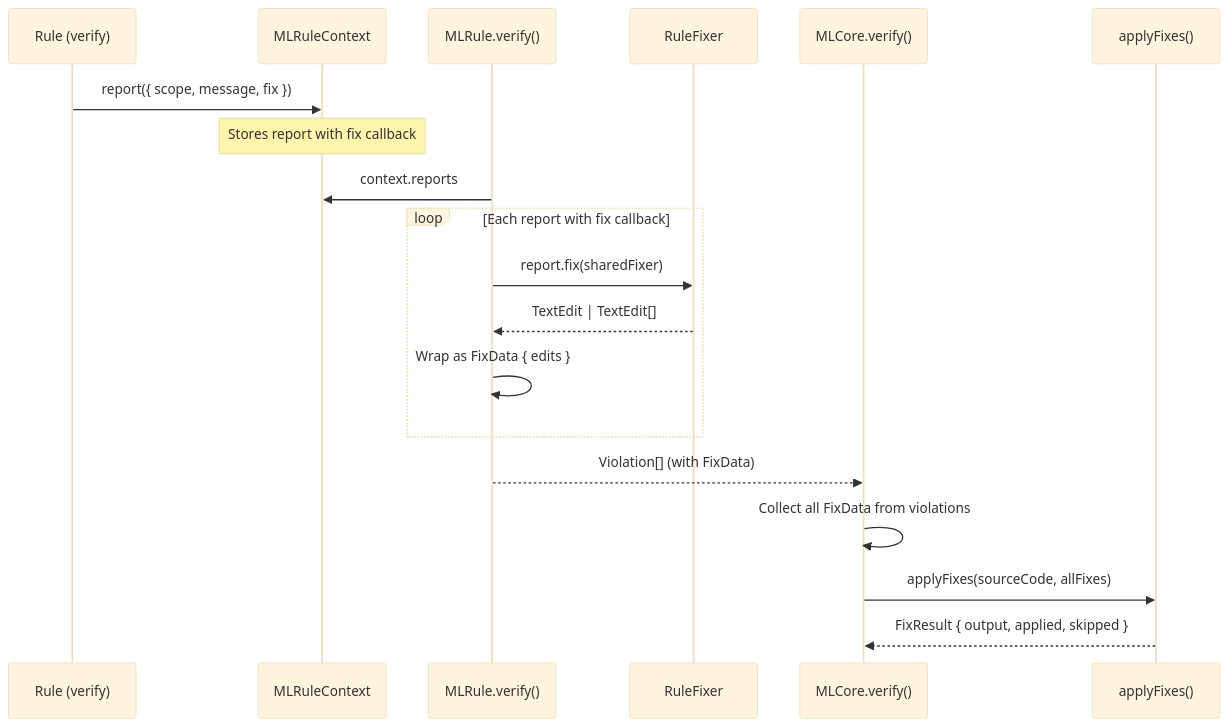
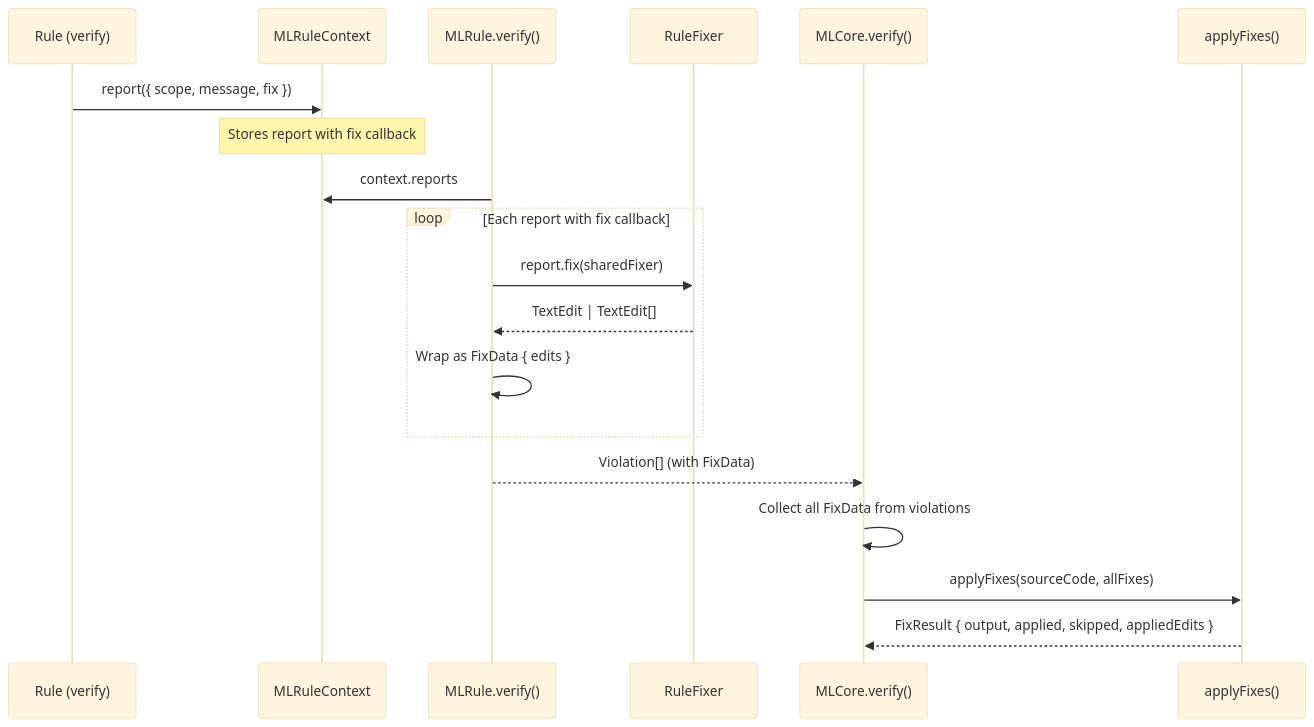
The fifth of 8 diagrams in packages/@markuplint/ml-core/ARCHITECTURE.md (markuplint/markuplint), drawn with Mermaid (base theme) before and after one commit. The commit also changed other lines of this file, not shown here.

First line of the commit message:
docs(ml-core): document cursor offset, FixSummary, and VerifyResult APIs

````diff
--- a/packages/@markuplint/ml-core/ARCHITECTURE.md
+++ b/packages/@markuplint/ml-core/ARCHITECTURE.md
@@ -404,24 +405,24 @@
 ```mermaid
 sequenceDiagram
     participant Rule as Rule (verify)
     participant Ctx as MLRuleContext
     participant MLR as MLRule.verify()
     participant Fixer as RuleFixer
     participant Core as MLCore.verify()
     participant FA as applyFixes()
 
     Rule->>Ctx: report({ scope, message, fix })
     Note over Ctx: Stores report with fix callback
 
     MLR->>Ctx: context.reports
     loop Each report with fix callback
         MLR->>Fixer: report.fix(sharedFixer)
         Fixer-->>MLR: TextEdit | TextEdit[]
         MLR->>MLR: Wrap as FixData { edits }
     end
     MLR-->>Core: Violation[] (with FixData)
 
     Core->>Core: Collect all FixData from violations
     Core->>FA: applyFixes(sourceCode, allFixes)
-    FA-->>Core: FixResult { output, applied, skipped }
+    FA-->>Core: FixResult { output, applied, skipped, appliedEdits }
 ```
````
